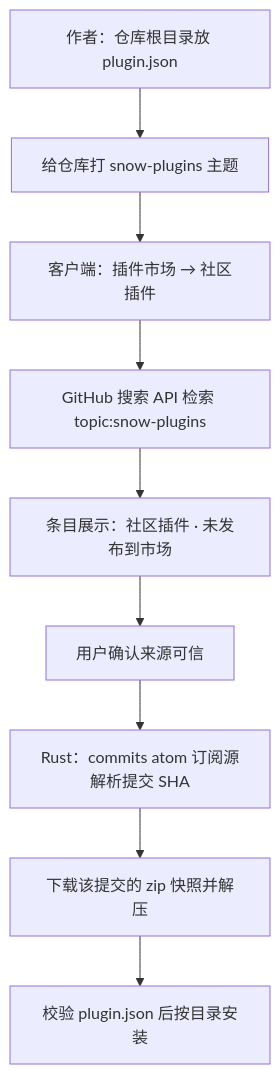
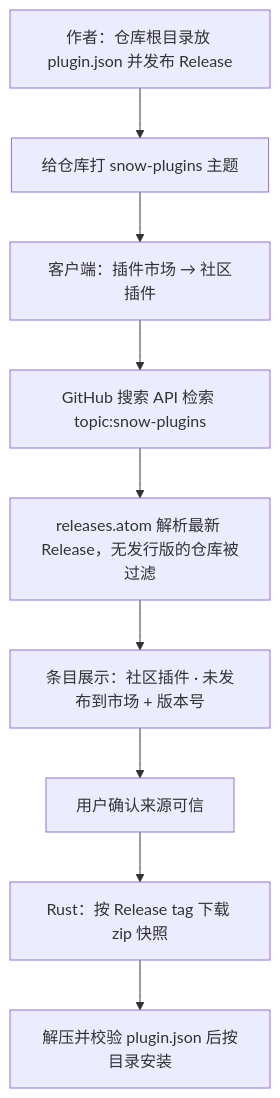
The third of 3 diagrams in docs/zh-CN/2-使用指南/24-插件开发与安装.md (MayDay-wpf/snow-app), drawn with Mermaid before and after one commit. The commit also changed other lines of this file and 47 other files, not shown here.

````diff
--- a/docs/zh-CN/2-使用指南/24-插件开发与安装.md
+++ b/docs/zh-CN/2-使用指南/24-插件开发与安装.md
@@ -823,11 +823,11 @@
 ```mermaid
 flowchart TD
-    A["作者：仓库根目录放 plugin.json"] --> B["给仓库打 snow-plugins 主题"]
+    A["作者：仓库根目录放 plugin.json 并发布 Release"] --> B["给仓库打 snow-plugins 主题"]
     B --> C["客户端：插件市场 → 社区插件"]
     C --> D["GitHub 搜索 API 检索 topic:snow-plugins"]
-    D --> E["条目展示：社区插件 · 未发布到市场"]
-    E --> F["用户确认来源可信"]
-    F --> G["Rust：commits atom 订阅源解析提交 SHA"]
-    G --> H["下载该提交的 zip 快照并解压"]
-    H --> I["校验 plugin.json 后按目录安装"]
+    D --> E["releases.atom 解析最新 Release，无发行版的仓库被过滤"]
+    E --> F["条目展示：社区插件 · 未发布到市场 + 版本号"]
+    F --> G["用户确认来源可信"]
+    G --> H["Rust：按 Release tag 下载 zip 快照"]
+    H --> I["解压并校验 plugin.json 后按目录安装"]
 ```
````
